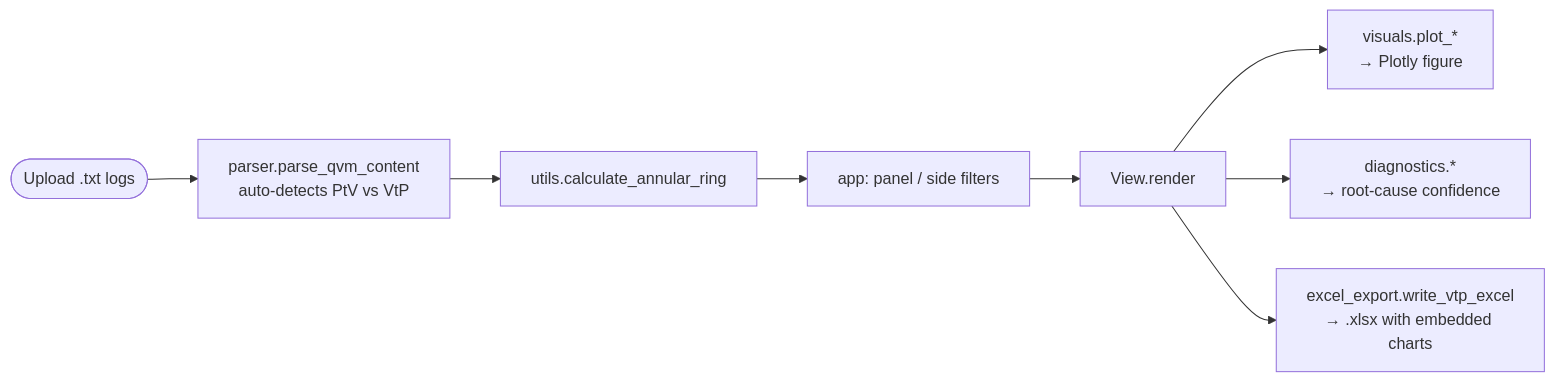
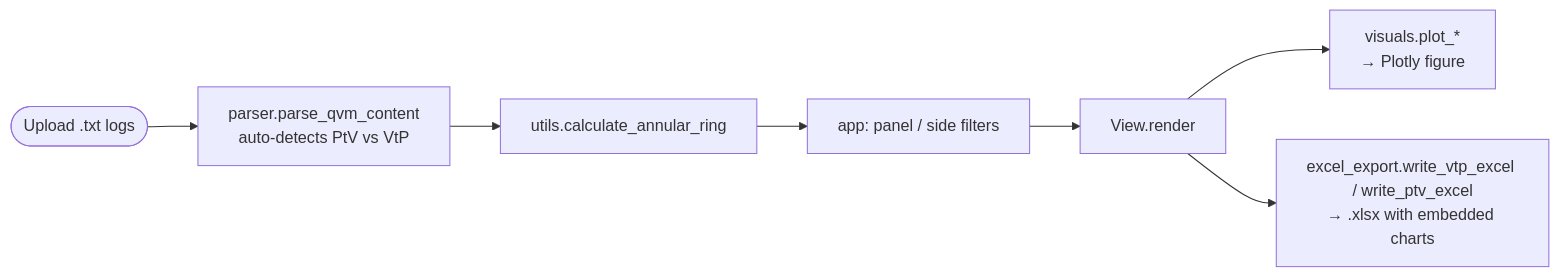
Before and after one commit to sheldcoop/QVM: the second of 2 diagrams in qvm_dashboard/ARCHITECTURE.md, drawn with Mermaid. The commit also changed other lines of this file and 10 other files, not shown here.

````diff
--- a/qvm_dashboard/ARCHITECTURE.md
+++ b/qvm_dashboard/ARCHITECTURE.md
@@ -50,10 +48,9 @@
 ```mermaid
 flowchart LR
     upload([Upload .txt logs]) --> parse[parser.parse_qvm_content<br/>auto-detects PtV vs VtP]
     parse --> annular[utils.calculate_annular_ring]
     annular --> scope[app: panel / side filters]
     scope --> view[View.render]
     view --> charts[visuals.plot_*<br/>→ Plotly figure]
-    view --> diag[diagnostics.*<br/>→ root-cause confidence]
-    view --> xlsx[excel_export.write_vtp_excel<br/>→ .xlsx with embedded charts]
+    view --> xlsx[excel_export.write_vtp_excel / write_ptv_excel<br/>→ .xlsx with embedded charts]
 ```
````
